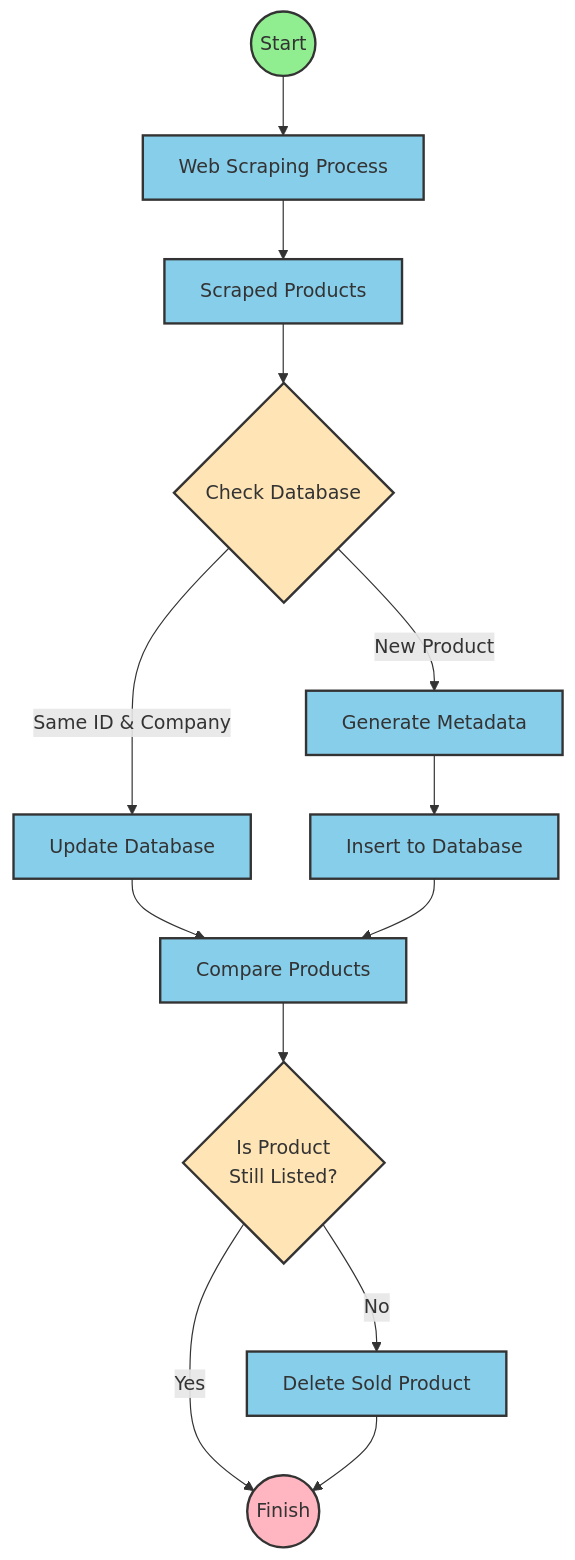
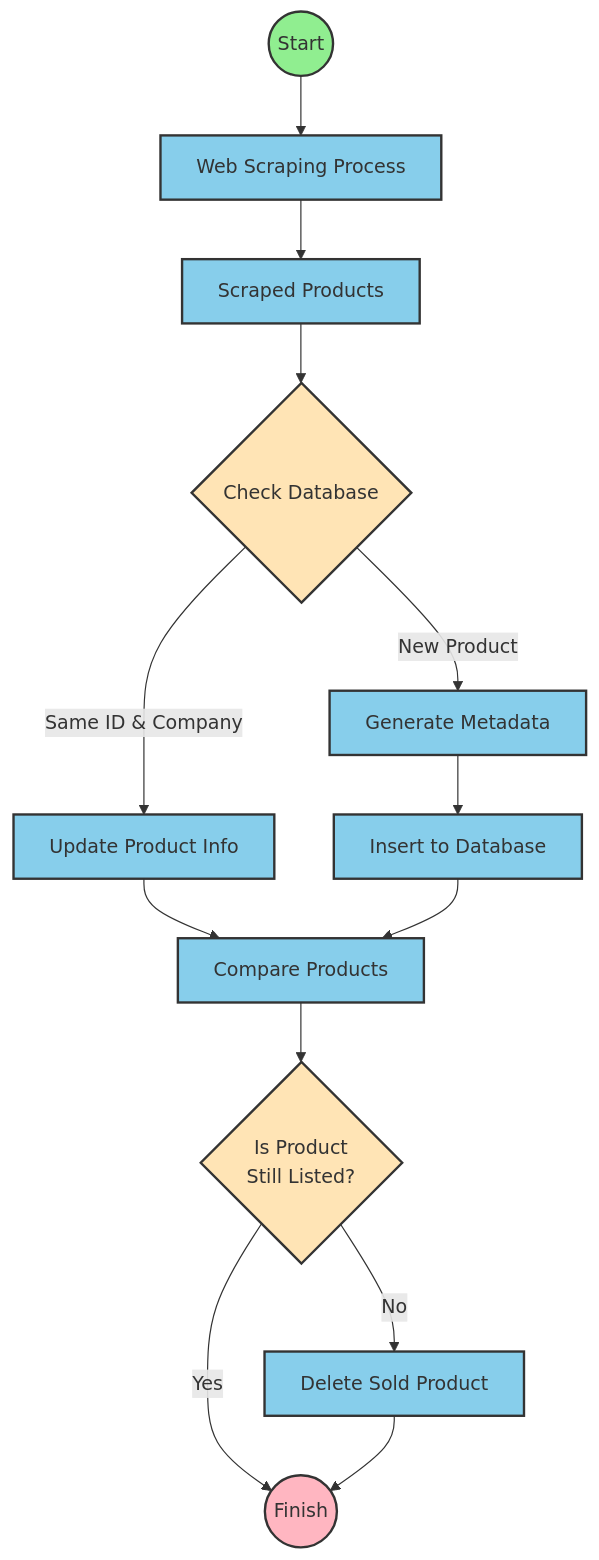
Before and after one commit to laguagu/kalustehaku: the diagram in README.md, drawn with Mermaid.

````diff
--- a/README.md
+++ b/README.md
@@ -325,29 +325,29 @@
 ```mermaid
 flowchart TD
     A((Start)) --> B[Web Scraping Process]
     B --> C[Scraped Products]
     
     C --> D{Check Database}
-    D -->|Same ID & Company| E[Update Database]
+    D -->|Same ID & Company| E[Update Product Info]
     D -->|New Product| F[Generate Metadata]
     
     F --> G[Insert to Database]
     
     E --> H[Compare Products]
     G --> H
     
     H --> I{Is Product\nStill Listed?}
     I -->|No| J[Delete Sold Product]
     I -->|Yes| K((Finish))
     J --> K
     
     classDef startNode fill:#90EE90,stroke:#333,stroke-width:2px
     classDef endNode fill:#FFB6C1,stroke:#333,stroke-width:2px
     classDef checkNode fill:#FFE4B5,stroke:#333,stroke-width:2px
     classDef processNode fill:#87CEEB,stroke:#333,stroke-width:2px
     
     class A startNode
     class K endNode
     class D,I checkNode
     class B,C,E,F,G,H,J processNode
 ```
````
